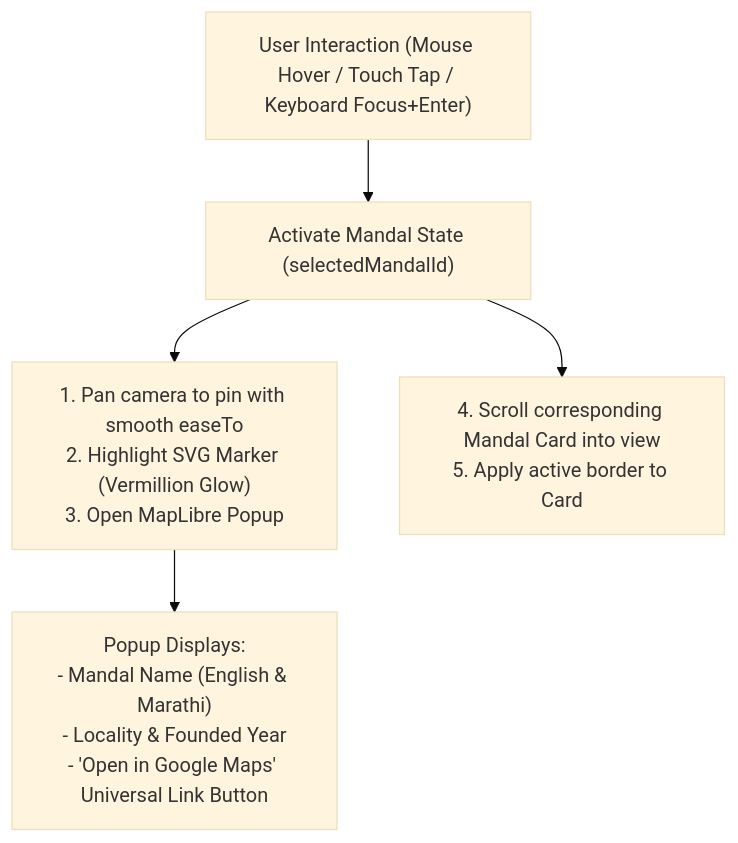
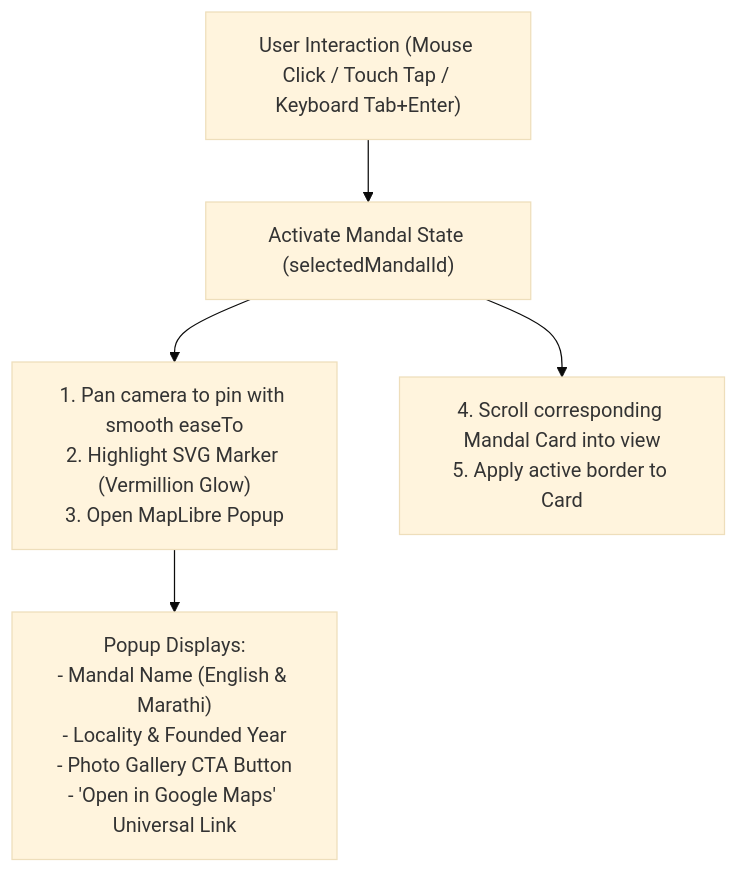
One commit to veeradeshmukh/bappamap-mumbai changed the diagram in docs/05-frontend-prd.md. Above: the diagram before and after it, drawn with Mermaid (base theme). The commit also changed other lines of this file and 13 other files, not shown here.

Commit message:
docs: update README, architecture specifications, and author IEEE technical report

````diff
--- a/docs/05-frontend-prd.md
+++ b/docs/05-frontend-prd.md
@@ -51,13 +51,13 @@
 ```mermaid
 flowchart TD
-    UserAction["User Interaction (Mouse Hover / Touch Tap / Keyboard Focus+Enter)"]
+    UserAction["User Interaction (Mouse Click / Touch Tap / Keyboard Tab+Enter)"]
     StateUpdate["Activate Mandal State (selectedMandalId)"]
     MapResponse["1. Pan camera to pin with smooth easeTo<br>2. Highlight SVG Marker (Vermillion Glow)<br>3. Open MapLibre Popup"]
     CardResponse["4. Scroll corresponding Mandal Card into view<br>5. Apply active border to Card"]
-    PopupContent["Popup Displays:<br>- Mandal Name (English & Marathi)<br>- Locality & Founded Year<br>- 'Open in Google Maps' Universal Link Button"]
+    PopupContent["Popup Displays:<br>- Mandal Name (English & Marathi)<br>- Locality & Founded Year<br>- Photo Gallery CTA Button<br>- 'Open in Google Maps' Universal Link"]
 
     UserAction --> StateUpdate
     StateUpdate --> MapResponse
     StateUpdate --> CardResponse
     MapResponse --> PopupContent
 ```
````
